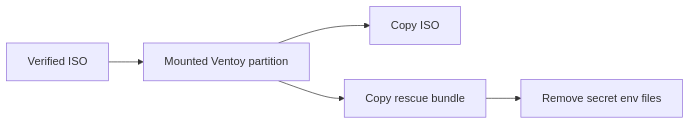
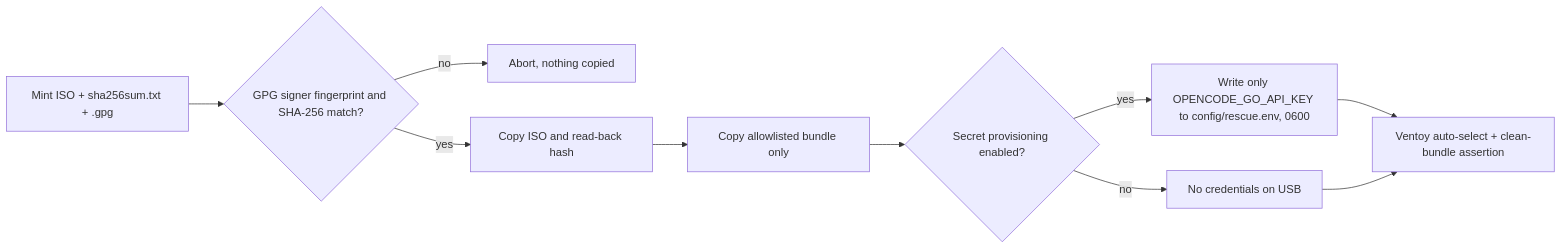
One commit to ahliweb/linux-mint-xfce-rescue-ai changed the fifth of 9 diagrams in README.md. Above: the diagram before and after it, drawn with Mermaid. The commit also changed other lines of this file and 8 other files, not shown here.

````diff
--- a/README.md
+++ b/README.md
@@ -112,7 +121,12 @@
 ```mermaid
 flowchart LR
-    I[Verified ISO] --> V[Mounted Ventoy partition]
-    V --> C[Copy ISO]
-    V --> R[Copy rescue bundle]
-    R --> X[Remove secret env files]
+    I[Mint ISO + sha256sum.txt + .gpg] --> G{GPG signer fingerprint and SHA-256 match?}
+    G -- no --> X[Abort, nothing copied]
+    G -- yes --> C[Copy ISO and read-back hash]
+    C --> R[Copy allowlisted bundle only]
+    R --> P{Secret provisioning enabled?}
+    P -- yes --> K[Write only OPENCODE_GO_API_KEY to config/rescue.env, 0600]
+    P -- no --> N[No credentials on USB]
+    K --> A[Ventoy auto-select + clean-bundle assertion]
+    N --> A
 ```
````
